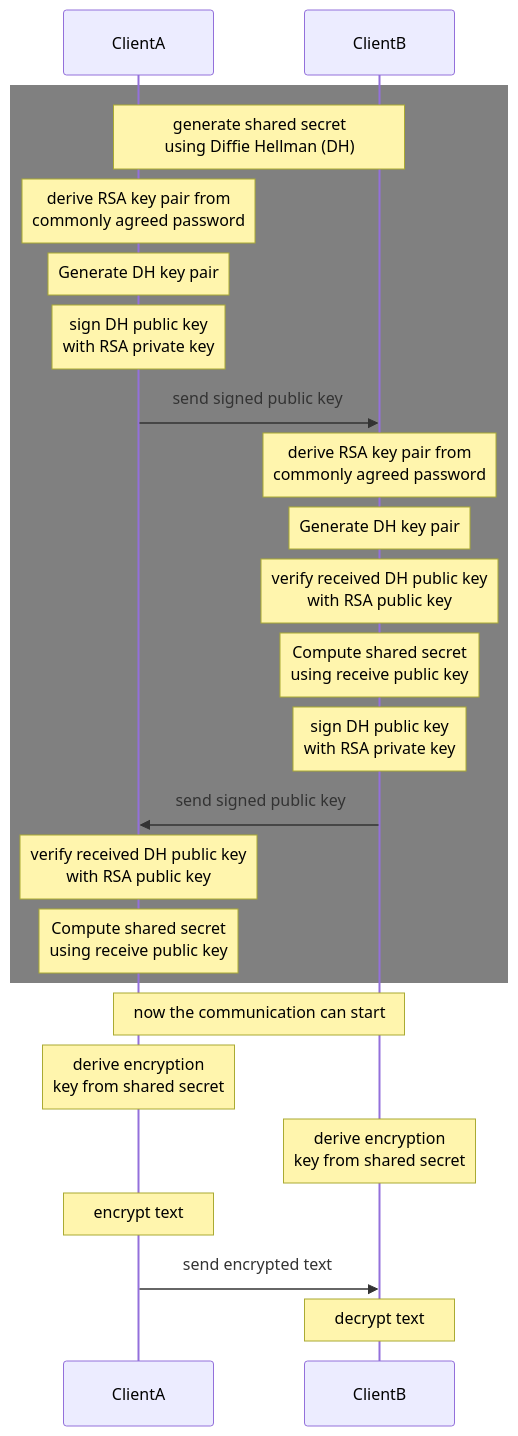
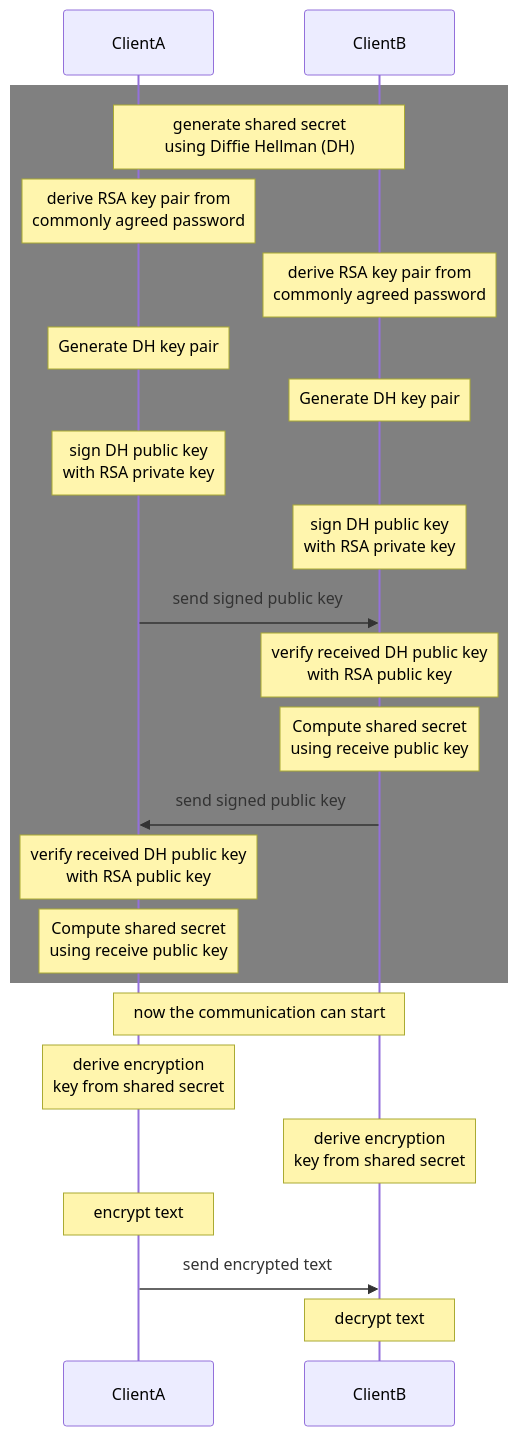
The sixth of 6 diagrams in README.md (GuillaumeBouchetEpitech/wasm-cryptopp-as-module), drawn with Mermaid before and after one commit. The commit also changed other lines of this file and 3 other files, not shown here.

````diff
--- a/README.md
+++ b/README.md
@@ -185,30 +231,33 @@
 ```mermaid
 sequenceDiagram
 
     rect rgb(128, 128, 128)
       Note over ClientA,ClientB: generate shared secret<br>using Diffie Hellman (DH)
 
       Note over ClientA: derive RSA key pair from<br>commonly agreed password
+      Note over ClientB: derive RSA key pair from<br>commonly agreed password
+
       Note over ClientA: Generate DH key pair
+      Note over ClientB: Generate DH key pair
+
       Note over ClientA: sign DH public key<br>with RSA private key
+      Note over ClientB: sign DH public key<br>with RSA private key
+
       ClientA->>ClientB: send signed public key
 
-      Note over ClientB: derive RSA key pair from<br>commonly agreed password
-      Note over ClientB: Generate DH key pair
       Note over ClientB: verify received DH public key<br>with RSA public key
       Note over ClientB: Compute shared secret<br>using receive public key
-      Note over ClientB: sign DH public key<br>with RSA private key
       ClientB->>ClientA: send signed public key
 
       Note over ClientA: verify received DH public key<br>with RSA public key
       Note over ClientA: Compute shared secret<br>using receive public key
     end
 
     Note over ClientA,ClientB: now the communication can start
 
     Note over ClientA: derive encryption<br>key from shared secret
     Note over ClientB: derive encryption<br>key from shared secret
     Note over ClientA: encrypt text
     ClientA->>ClientB: send encrypted text
     Note over ClientB: decrypt text
 ```
````
